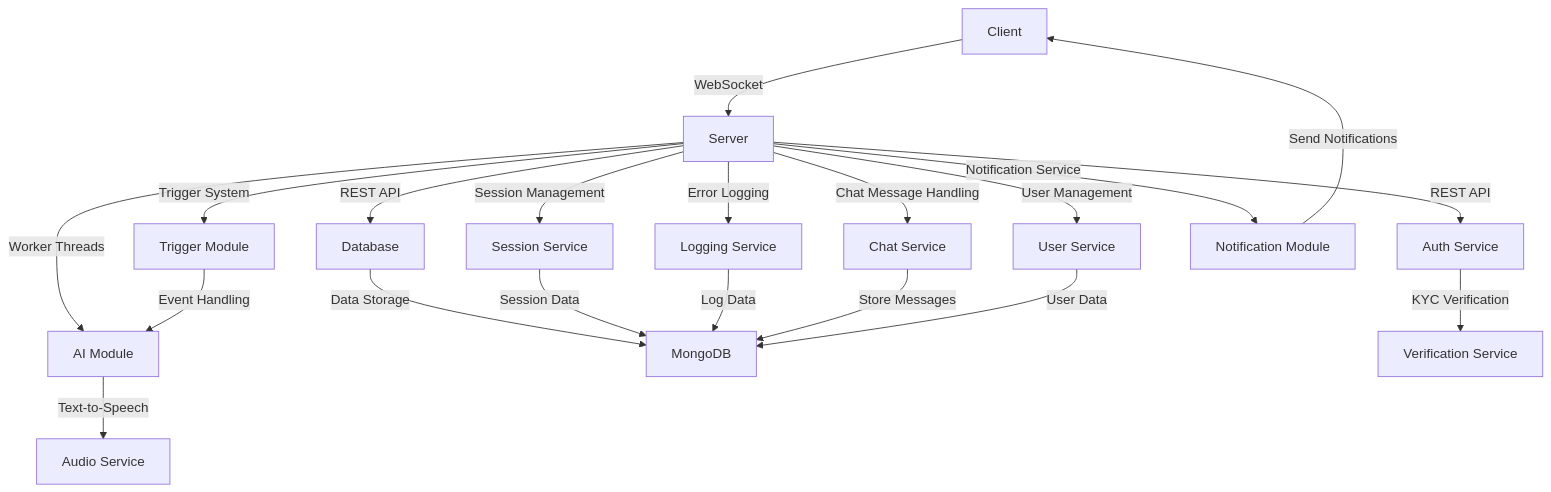
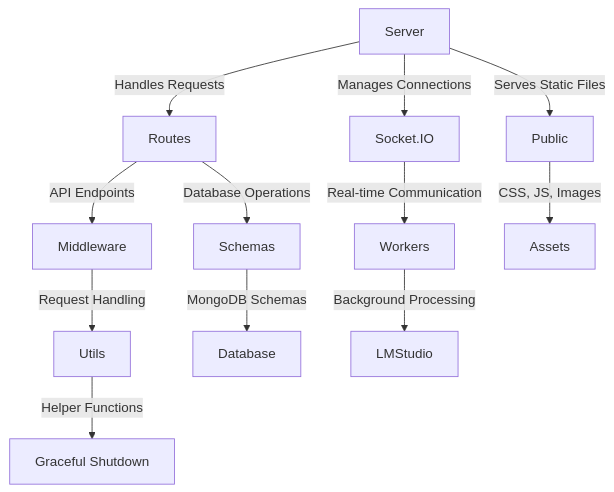
Before and after one commit to HarleyVader/js-bambisleep-chat: the second of 2 diagrams in README.md, drawn with Mermaid. The commit also changed other lines of this file and 14 other files, not shown here.

````diff
--- a/README.md
+++ b/README.md
@@ -68,22 +90,14 @@
 ```mermaid
 graph TD
-   A[Client] -->|WebSocket| B[Server]
-   B -->|Worker Threads| C[AI Module]
-   B -->|REST API| D[Database]
-   B -->|REST API| E[Auth Service]
-   C -->|Text-to-Speech| F[Audio Service]
-   D -->|Data Storage| G[MongoDB]
-   E -->|KYC Verification| H[Verification Service]
-   B -->|Session Management| I[Session Service]
-   B -->|Error Logging| J[Logging Service]
-   B -->|Trigger System| K[Trigger Module]
-   I -->|Session Data| G
-   J -->|Log Data| G
-   K -->|Event Handling| C
-   B -->|Chat Message Handling| L[Chat Service]
-   L -->|Store Messages| G
-   B -->|User Management| M[User Service]
-   M -->|User Data| G
-   B -->|Notification Service| N[Notification Module]
-   N -->|Send Notifications| A
+    A[Server] -->|Handles Requests| B[Routes]
+    A -->|Manages Connections| C[Socket.IO]
+    A -->|Serves Static Files| D[Public]
+    B -->|API Endpoints| E[Middleware]
+    B -->|Database Operations| F[Schemas]
+    C -->|Real-time Communication| G[Workers]
+    D -->|CSS, JS, Images| H[Assets]
+    E -->|Request Handling| I[Utils]
+    F -->|MongoDB Schemas| J[Database]
+    G -->|Background Processing| K[LMStudio]
+    I -->|Helper Functions| L[Graceful Shutdown]
 ```
````
